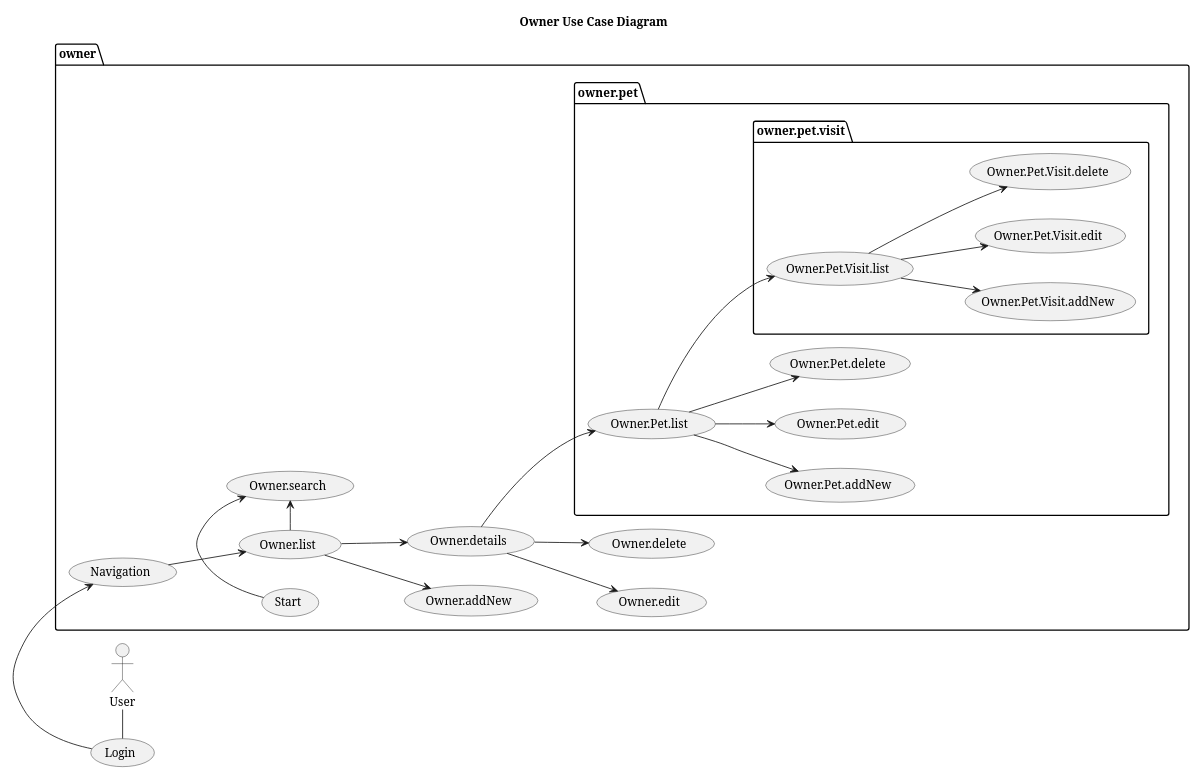
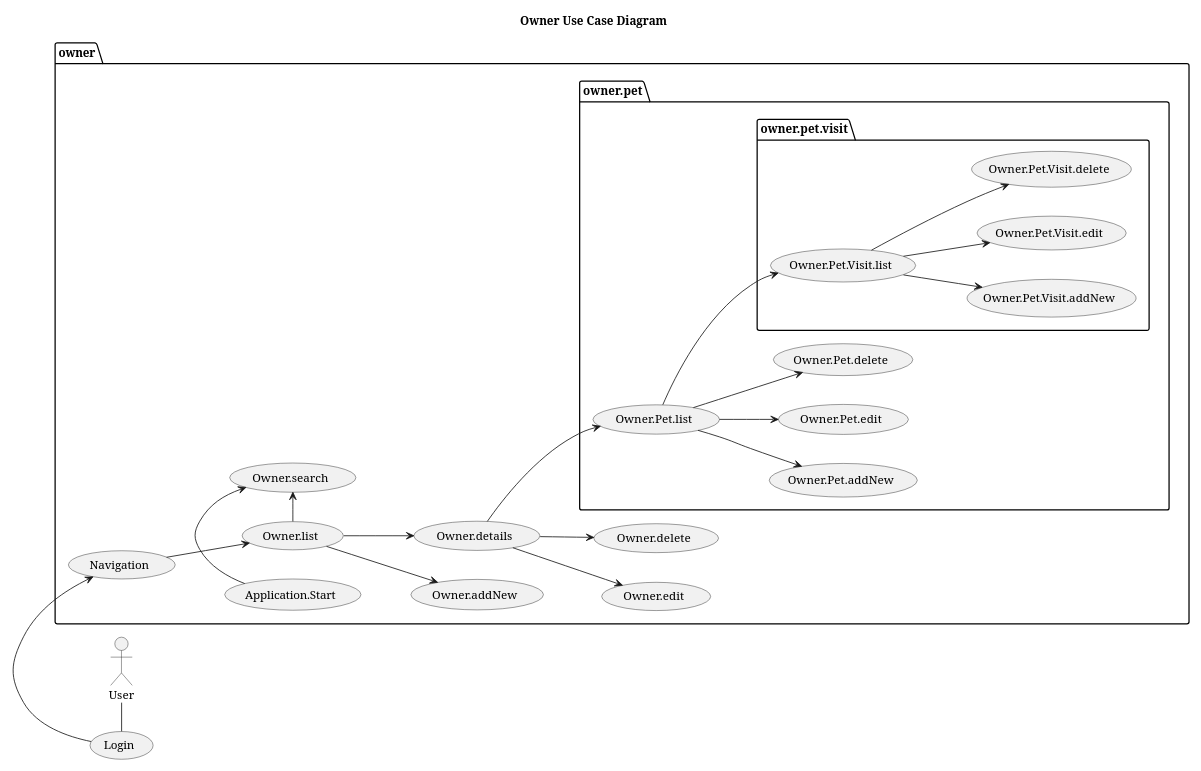
Before and after one commit to Jakarta-EE-Petclinic/petclinic-uml: the diagram in puml/owner/concept/Owner__UseCases.puml, drawn with PlantUML. The commit also changed 6 other files, not shown here.

```diff
--- a/puml/owner/concept/Owner__UseCases.puml
+++ b/puml/owner/concept/Owner__UseCases.puml
@@ -1,35 +1,35 @@
 @startuml
 
 title Owner Use Case Diagram
 
 'https://plantuml.com/use-case-diagram
 
 left to right direction
 'top to bottom direction
 
 scale 1000 width
 
 User - (Login)
 package owner {
     (Login) -> (Navigation)
-    (Start) -> (Owner.search)
+    (Application.Start) -> (Owner.search)
     (Navigation) --> (Owner.list)
     (Owner.list) -> (Owner.search)
     (Owner.list) --> (Owner.addNew)
     (Owner.list) --> (Owner.details)
     (Owner.details) --> (Owner.edit)
     (Owner.details) --> (Owner.delete)
     package owner.pet {
         (Owner.details) --> (Owner.Pet.list)
         (Owner.Pet.list) --> (Owner.Pet.addNew)
         (Owner.Pet.list) --> (Owner.Pet.edit)
         (Owner.Pet.list) --> (Owner.Pet.delete)
          package owner.pet.visit {
             (Owner.Pet.list) --> (Owner.Pet.Visit.list)
             (Owner.Pet.Visit.list) --> (Owner.Pet.Visit.addNew)
             (Owner.Pet.Visit.list) --> (Owner.Pet.Visit.edit)
             (Owner.Pet.Visit.list) --> (Owner.Pet.Visit.delete)
         }
     }
 }
 @enduml
```
